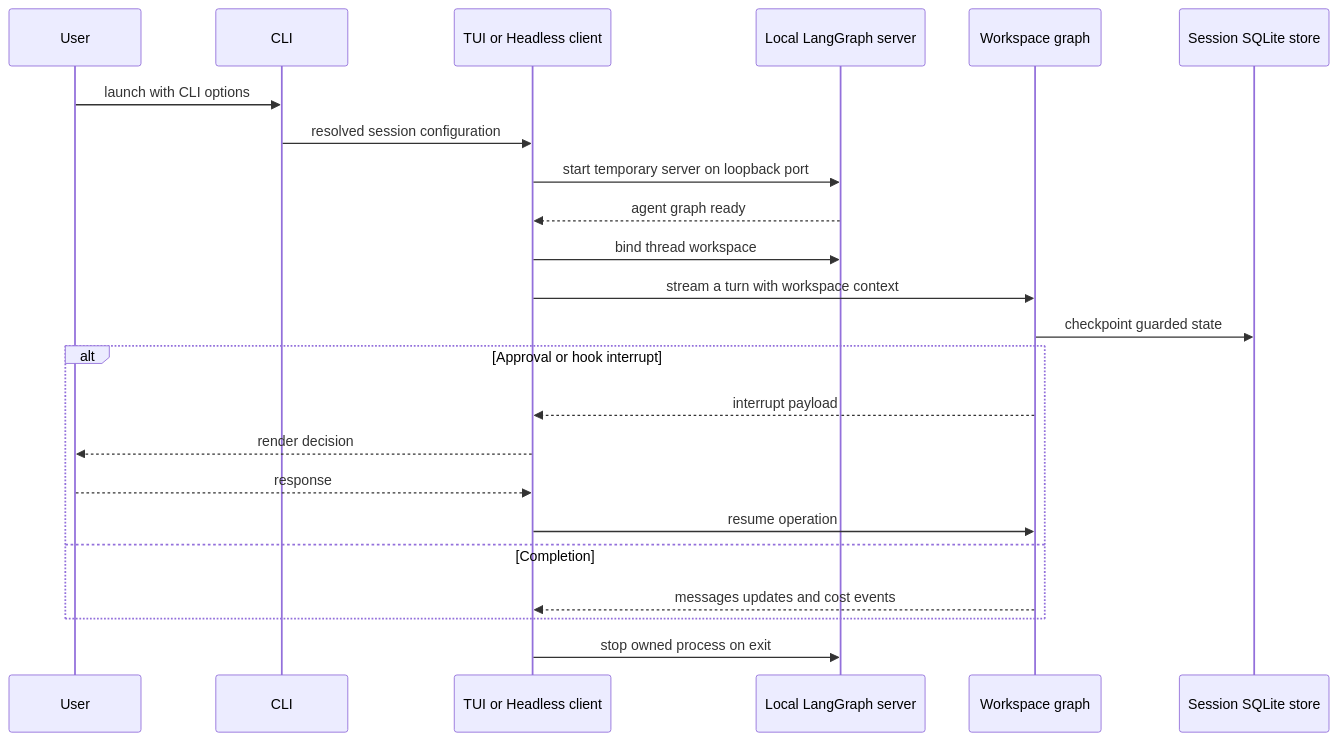
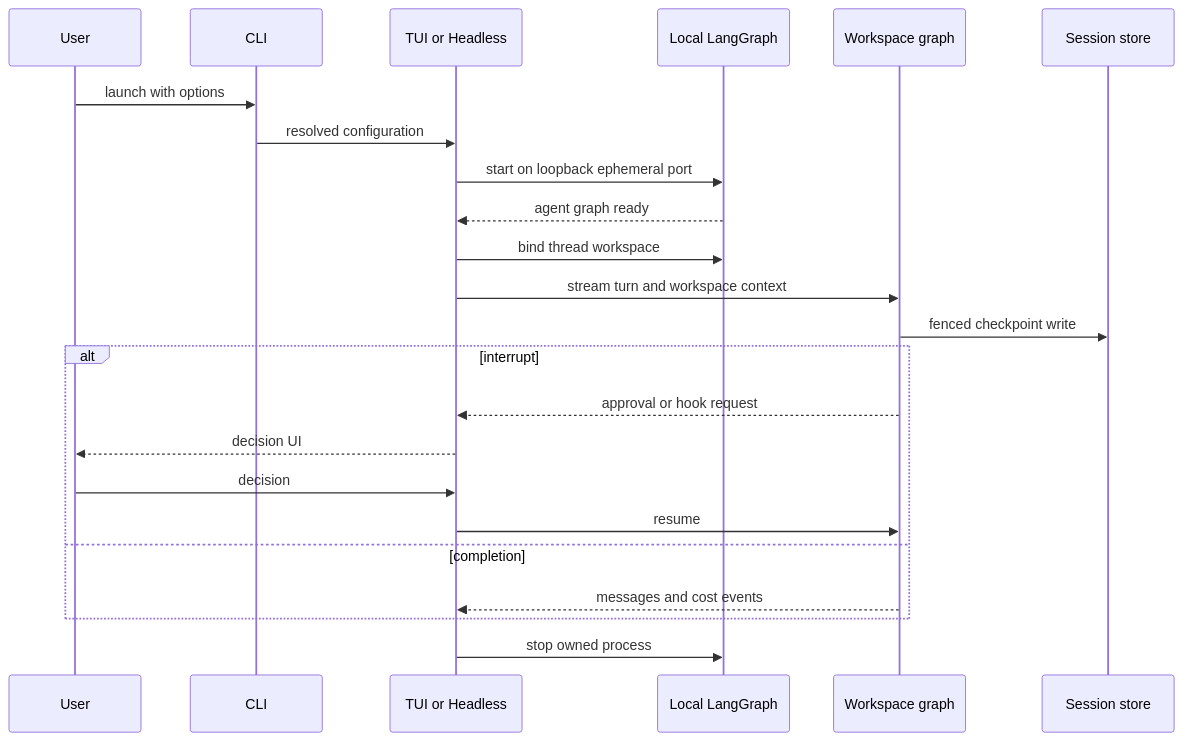
One commit to langchain-ai/deepagents changed the first of 3 diagrams in openwiki/workflows/run-dcode-session.md. Above: the diagram before and after it, drawn with Mermaid. The commit also changed other lines of this file and 35 other files, not shown here.

````diff
--- a/openwiki/workflows/run-dcode-session.md
+++ b/openwiki/workflows/run-dcode-session.md
@@ -78,25 +82,25 @@
 ```mermaid
 sequenceDiagram
     participant User
     participant CLI
-    participant Client as TUI or Headless client
-    participant Server as Local LangGraph server
+    participant Client as TUI or Headless
+    participant Server as Local LangGraph
     participant Graph as Workspace graph
-    participant Store as Session SQLite store
-    User->>CLI: launch with CLI options
-    CLI->>Client: resolved session configuration
-    Client->>Server: start temporary server on loopback port
+    participant Store as Session store
+    User->>CLI: launch with options
+    CLI->>Client: resolved configuration
+    Client->>Server: start on loopback ephemeral port
     Server-->>Client: agent graph ready
     Client->>Server: bind thread workspace
-    Client->>Graph: stream a turn with workspace context
-    Graph->>Store: checkpoint guarded state
-    alt Approval or hook interrupt
-        Graph-->>Client: interrupt payload
-        Client-->>User: render decision
-        User-->>Client: response
-        Client->>Graph: resume operation
-    else Completion
-        Graph-->>Client: messages updates and cost events
+    Client->>Graph: stream turn and workspace context
+    Graph->>Store: fenced checkpoint write
+    alt interrupt
+        Graph-->>Client: approval or hook request
+        Client-->>User: decision UI
+        User->>Client: decision
+        Client->>Graph: resume
+    else completion
+        Graph-->>Client: messages and cost events
     end
-    Client->>Server: stop owned process on exit
+    Client->>Server: stop owned process
 ```
````
